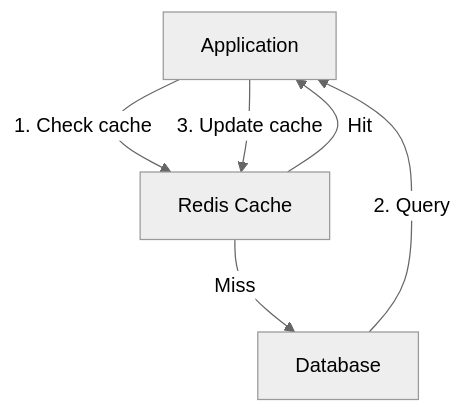
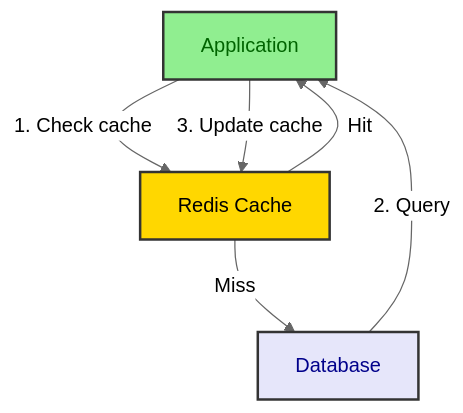
Before and after one commit to kasiopeiya/claude-dev-template: the fourth of 5 diagrams in .claude/skills/design-doc-mermaid/assets/database-design-template.md, drawn with Mermaid (neutral theme). The commit also changed other lines of this file and 5 other files, not shown here.

````diff
--- a/.claude/skills/design-doc-mermaid/assets/database-design-template.md
+++ b/.claude/skills/design-doc-mermaid/assets/database-design-template.md
@@ -491,12 +478,20 @@
 ```mermaid
 graph TB
     App[Application]
     Redis[Redis Cache]
     DB[Database]
 
     App -->|1. Check cache| Redis
     Redis -->|Hit| App
     Redis -->|Miss| DB
     DB -->|2. Query| App
     App -->|3. Update cache| Redis
+
+    classDef app fill:#90EE90,stroke:#333,stroke-width:2px,color:darkgreen
+    classDef cache fill:#FFD700,stroke:#333,stroke-width:2px,color:black
+    classDef store fill:#E6E6FA,stroke:#333,stroke-width:2px,color:darkblue
+
+    class App app
+    class Redis cache
+    class DB store
 ```
````
